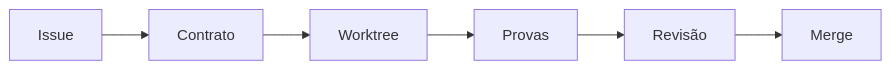
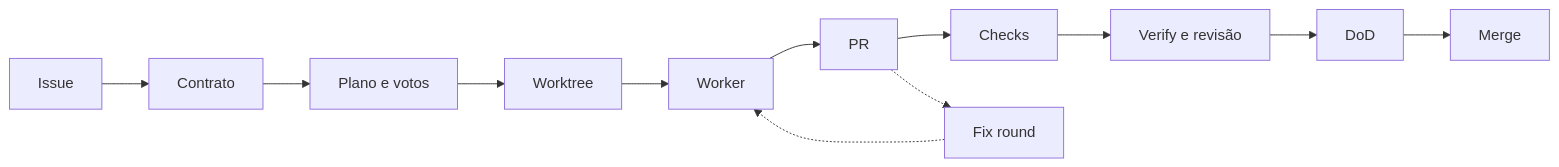
Before and after one commit to AgentsKit-io/harness: the diagram in .brain/repos/harness/fluxos/Harness - Da issue ao merge.md, drawn with Mermaid. The commit also changed other lines of this file and 21 other files, not shown here.

````diff
--- a/.brain/repos/harness/fluxos/Harness - Da issue ao merge.md
+++ b/.brain/repos/harness/fluxos/Harness - Da issue ao merge.md
@@ -34,4 +34,6 @@
 ```mermaid
 flowchart LR
-  Issue --> Contrato --> Worktree --> Provas --> Revisão --> Merge
+  Issue --> Contrato --> Plano[Plano e votos] --> Worktree --> Worker --> PR
+  PR --> Checks --> Review[Verify e revisão] --> DoD --> Merge
+  PR -.-> Fix[Fix round] -.-> Worker
 ```
````
